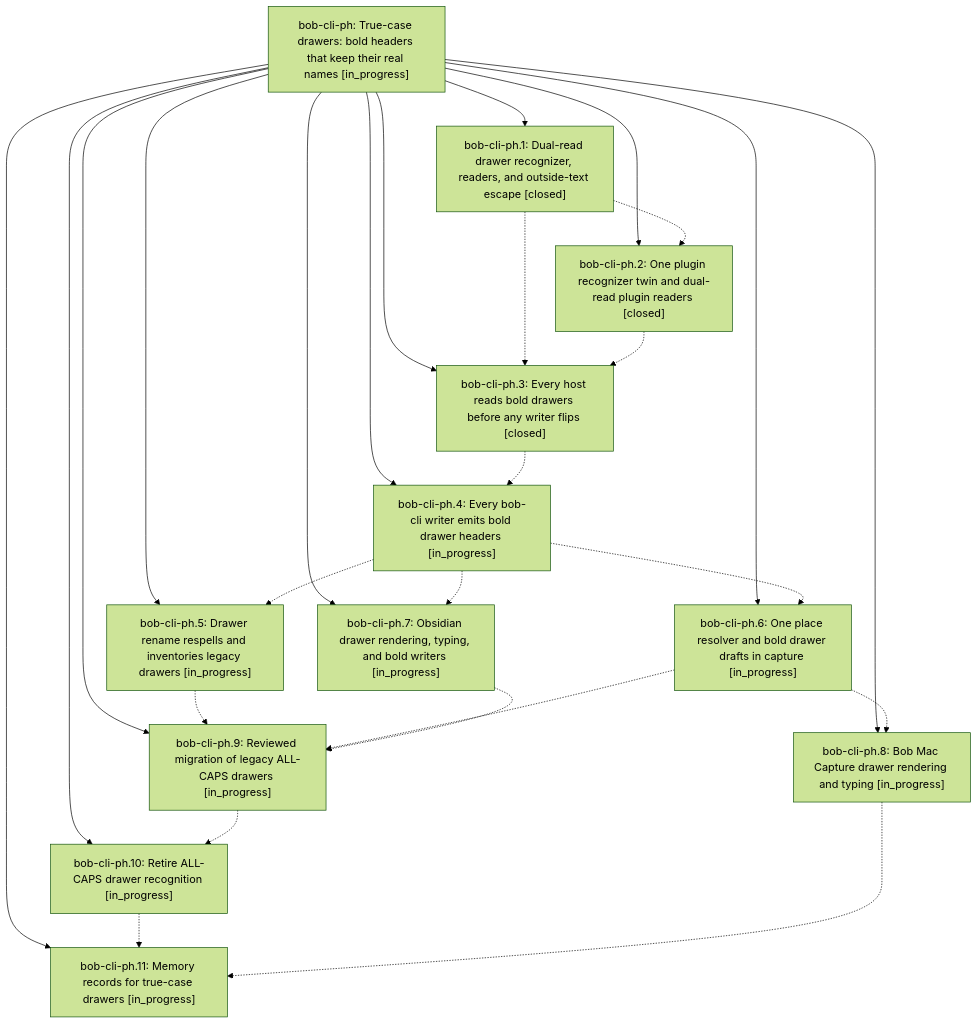
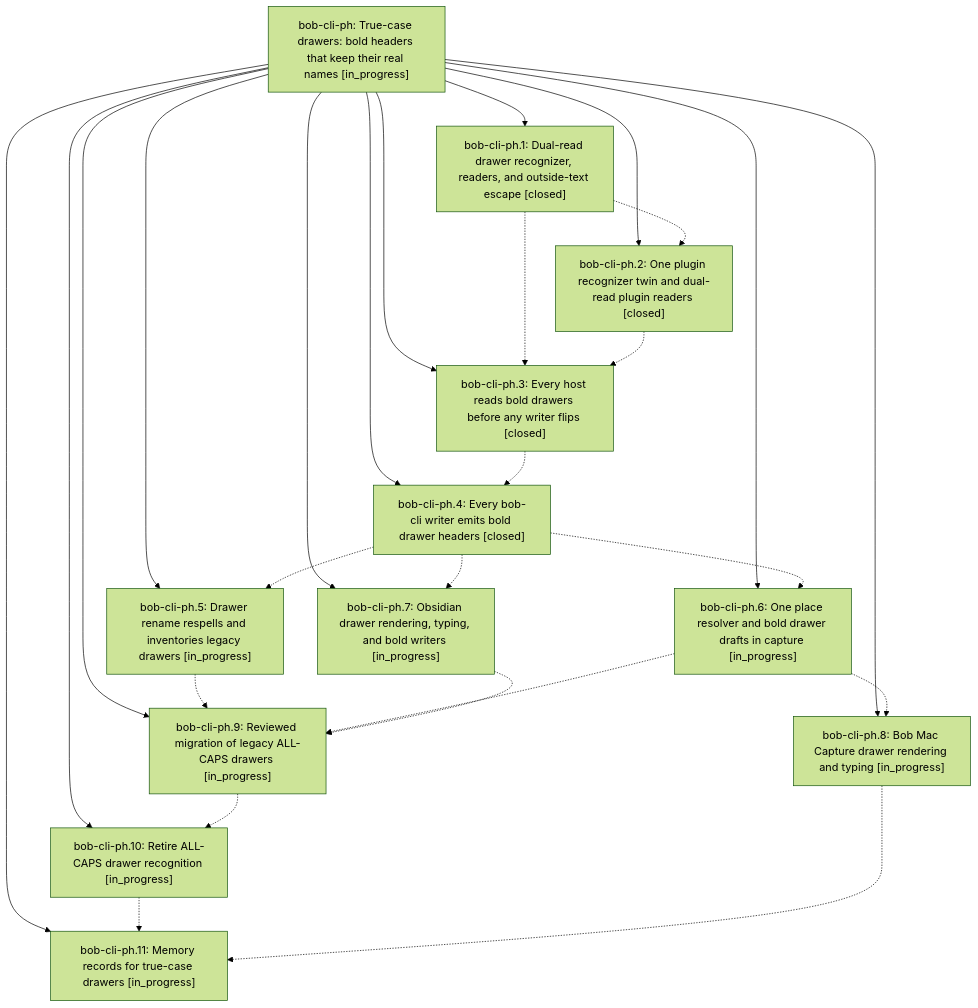
One commit to bobs-org/bob-cli--beads changed the diagram in pages/bob-cli-ph/README.md. Above: the diagram before and after it, drawn with Mermaid (forest theme). The commit also changed other lines of this file and 5 other files, not shown here.

First line of the commit message:
chore(beads): sync bead state and pages for bob-cli-ph

````diff
--- a/pages/bob-cli-ph/README.md
+++ b/pages/bob-cli-ph/README.md
@@ -56,40 +56,40 @@
 ```mermaid
 flowchart TD
     n0["bob-cli-ph: True-case drawers: bold headers that keep their real names [in_progress]"]
     n1["bob-cli-ph.1: Dual-read drawer recognizer, readers, and outside-text escape [closed]"]
     n2["bob-cli-ph.10: Retire ALL-CAPS drawer recognition [in_progress]"]
     n3["bob-cli-ph.11: Memory records for true-case drawers [in_progress]"]
     n4["bob-cli-ph.2: One plugin recognizer twin and dual-read plugin readers [closed]"]
     n5["bob-cli-ph.3: Every host reads bold drawers before any writer flips [closed]"]
-    n6["bob-cli-ph.4: Every bob-cli writer emits bold drawer headers [in_progress]"]
+    n6["bob-cli-ph.4: Every bob-cli writer emits bold drawer headers [closed]"]
     n7["bob-cli-ph.5: Drawer rename respells and inventories legacy drawers [in_progress]"]
     n8["bob-cli-ph.6: One place resolver and bold drawer drafts in capture [in_progress]"]
     n9["bob-cli-ph.7: Obsidian drawer rendering, typing, and bold writers [in_progress]"]
     n10["bob-cli-ph.8: Bob Mac Capture drawer rendering and typing [in_progress]"]
     n11["bob-cli-ph.9: Reviewed migration of legacy ALL-CAPS drawers [in_progress]"]
     n0 --> n1
     n0 --> n2
     n0 --> n3
     n0 --> n4
     n0 --> n5
     n0 --> n6
     n0 --> n7
     n0 --> n8
     n0 --> n9
     n0 --> n10
     n0 --> n11
     n1 -.-> n4
     n1 -.-> n5
     n2 -.-> n3
     n4 -.-> n5
     n5 -.-> n6
     n6 -.-> n7
     n6 -.-> n8
     n6 -.-> n9
     n7 -.-> n11
     n8 -.-> n10
     n8 -.-> n11
     n9 -.-> n11
     n10 -.-> n3
     n11 -.-> n2
 ```
````
